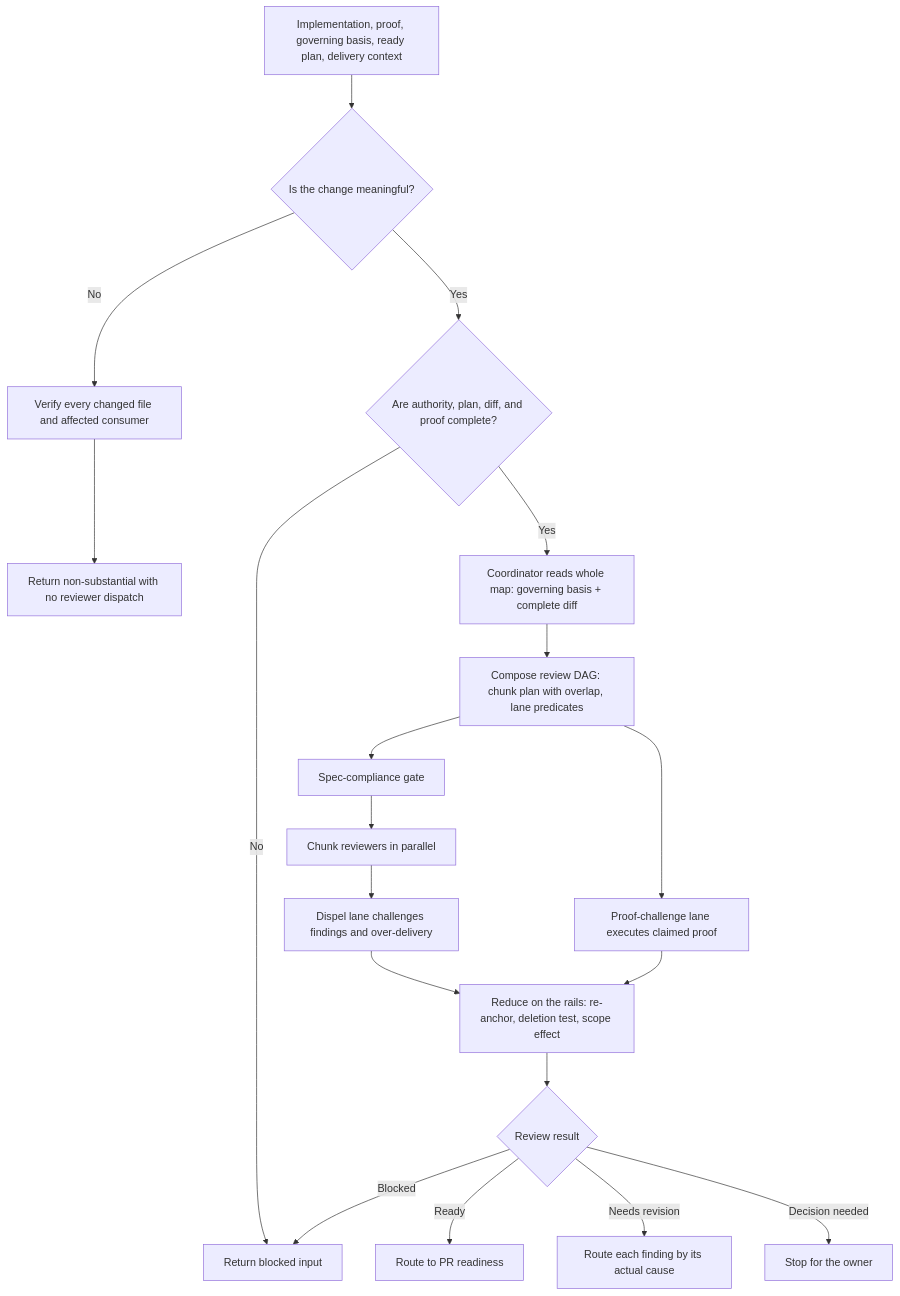
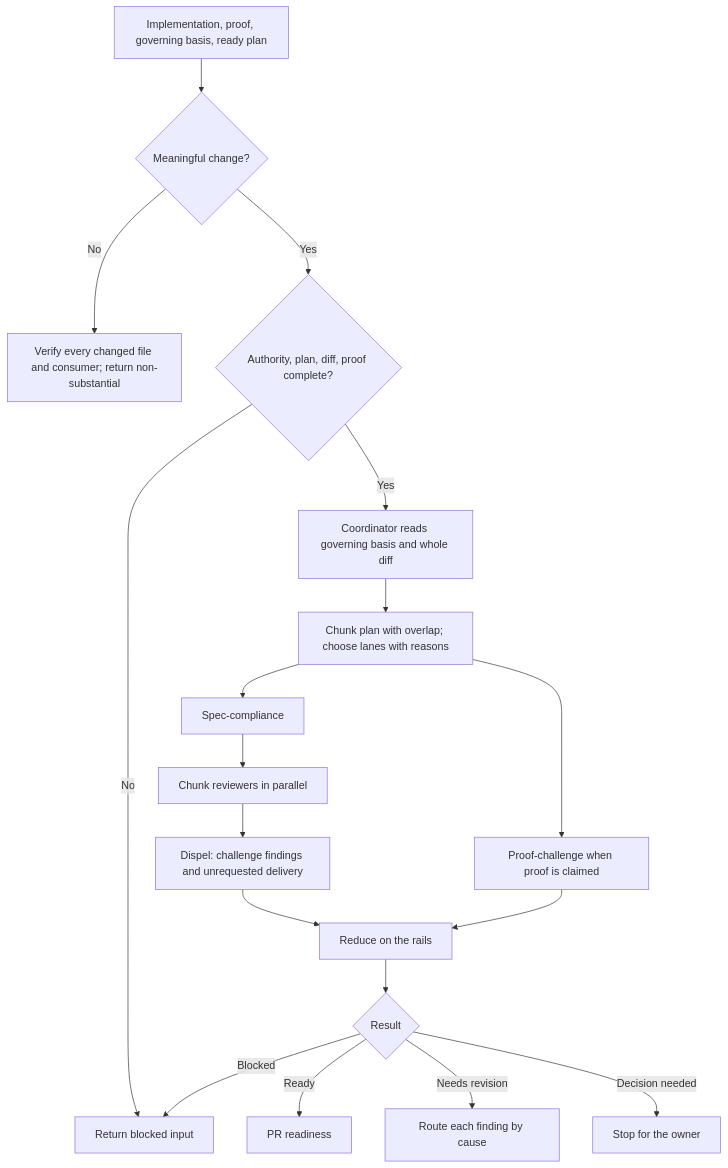
One commit to ShravanSunder/ai-tools changed the diagram in plugins/shravan-dev-workflow/skills/implementation-review/README.md. Above: the diagram before and after it, drawn with Mermaid. The commit also changed other lines of this file and 29 other files, not shown here.

````diff
--- a/plugins/shravan-dev-workflow/skills/implementation-review/README.md
+++ b/plugins/shravan-dev-workflow/skills/implementation-review/README.md
@@ -9,21 +9,20 @@
 ```mermaid
 flowchart TD
-    A[Implementation, proof, governing basis, ready plan, delivery context] --> B{Is the change meaningful?}
-    B -- No --> C[Verify every changed file and affected consumer]
-    C --> D[Return non-substantial with no reviewer dispatch]
-    B -- Yes --> E{Are authority, plan, diff, and proof complete?}
-    E -- No --> F[Return blocked input]
-    E -- Yes --> G[Coordinator reads whole map: governing basis + complete diff]
-    G --> H[Compose review DAG: chunk plan with overlap, lane predicates]
-    H --> I[Spec-compliance gate]
-    I --> J[Chunk reviewers in parallel]
-    J --> K[Dispel lane challenges findings and over-delivery]
-    H --> L[Proof-challenge lane executes claimed proof]
-    K --> M[Reduce on the rails: re-anchor, deletion test, scope effect]
-    L --> M
-    M --> N{Review result}
-    N -- Ready --> O[Route to PR readiness]
-    N -- Needs revision --> P[Route each finding by its actual cause]
-    N -- Decision needed --> Q[Stop for the owner]
-    N -- Blocked --> F
+    A[Implementation, proof, governing basis, ready plan] --> B{Meaningful change?}
+    B -- No --> C[Verify every changed file and consumer; return non-substantial]
+    B -- Yes --> D{Authority, plan, diff, proof complete?}
+    D -- No --> E[Return blocked input]
+    D -- Yes --> F[Coordinator reads governing basis and whole diff]
+    F --> G[Chunk plan with overlap; choose lanes with reasons]
+    G --> H[Spec-compliance]
+    H --> I[Chunk reviewers in parallel]
+    G --> J[Proof-challenge when proof is claimed]
+    I --> K[Dispel: challenge findings and unrequested delivery]
+    K --> L[Reduce on the rails]
+    J --> L
+    L --> M{Result}
+    M -- Ready --> N[PR readiness]
+    M -- Needs revision --> O[Route each finding by cause]
+    M -- Decision needed --> P[Stop for the owner]
+    M -- Blocked --> E
 ```
````
